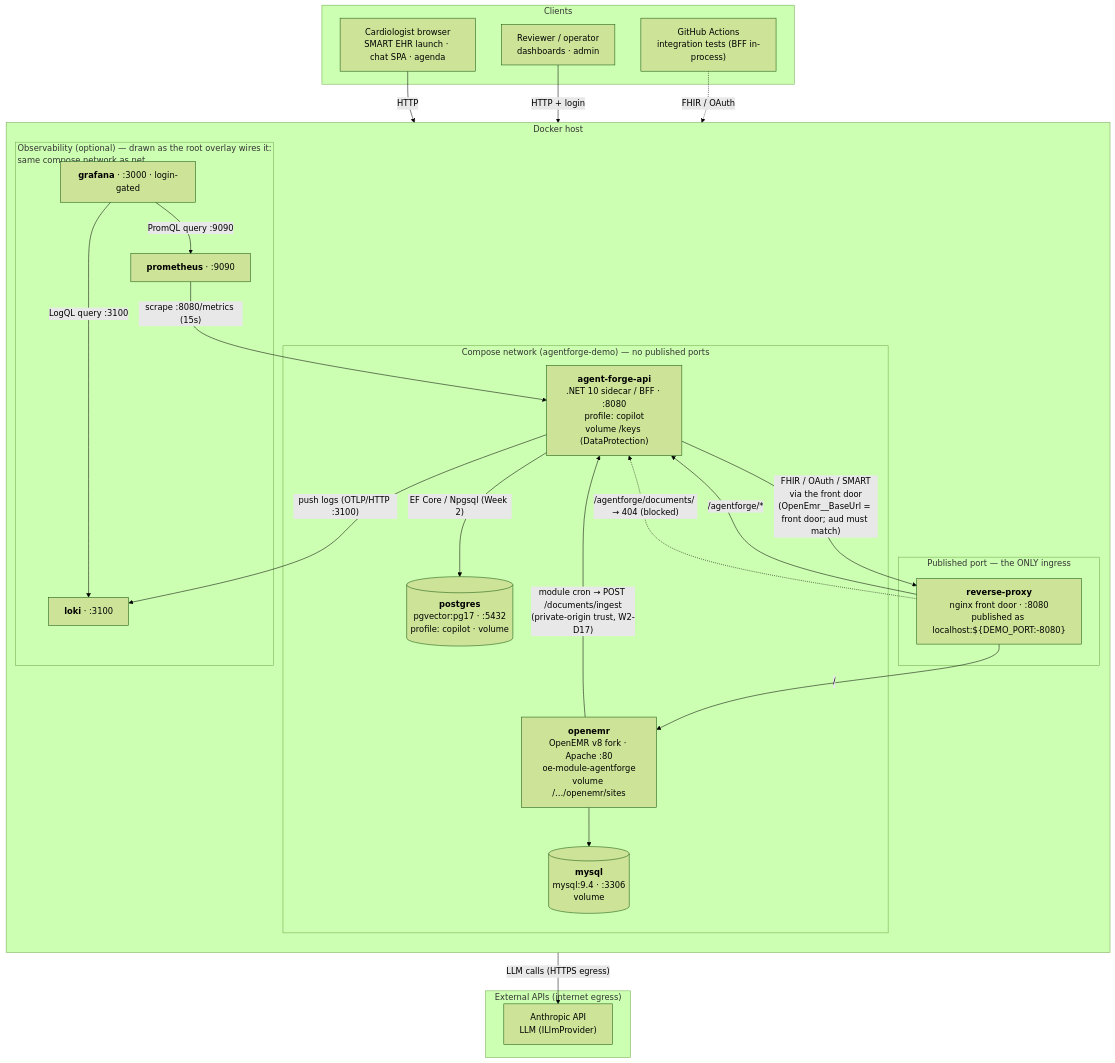
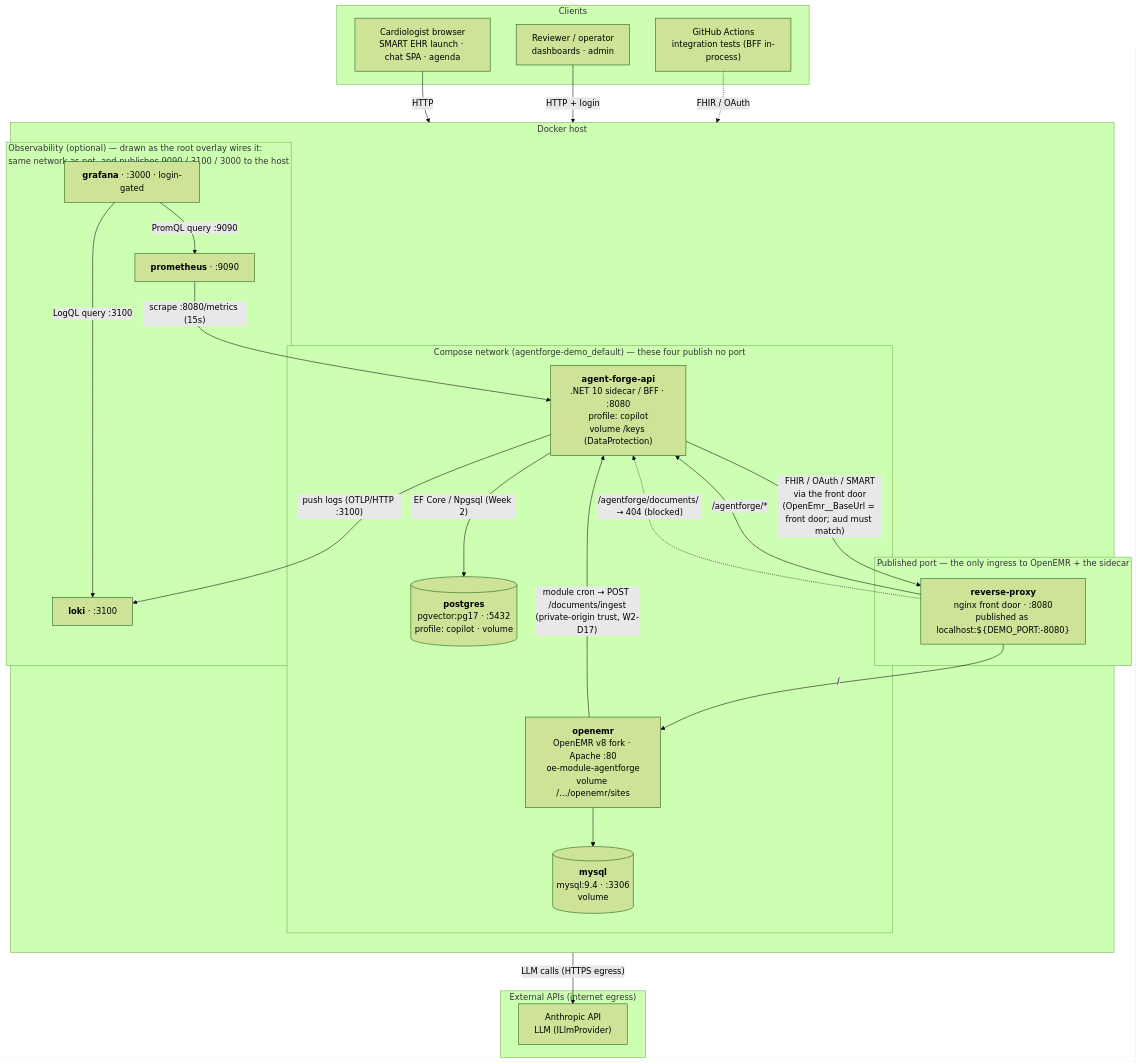
Before and after one commit to adammarquette/agent-forge-copilot: the diagram in documentation/DEPLOYMENT_TOPOLOGY.md, drawn with Mermaid (forest theme). The commit also changed other lines of this file and 4 other files, not shown here.

````diff
--- a/documentation/DEPLOYMENT_TOPOLOGY.md
+++ b/documentation/DEPLOYMENT_TOPOLOGY.md
@@ -23,58 +23,58 @@
 ```mermaid
 flowchart TB
     subgraph users["Clients"]
         clin["Cardiologist browser<br/>SMART EHR launch · chat SPA · agenda"]
         ops["Reviewer / operator<br/>dashboards · admin"]
         ci["GitHub Actions<br/>integration tests (BFF in-process)"]
     end
 
     subgraph host["Docker host"]
         direction TB
 
-        subgraph pub["Published port — the ONLY ingress"]
+        subgraph pub["Published port — the only ingress to OpenEMR + the sidecar"]
             proxy["<b>reverse-proxy</b><br/>nginx front door · :8080<br/>published as localhost:${DEMO_PORT:-8080}"]
         end
 
-        subgraph net["Compose network (agentforge-demo) — no published ports"]
+        subgraph net["Compose network (agentforge-demo_default) — these four publish no port"]
             sidecar["<b>agent-forge-api</b><br/>.NET 10 sidecar / BFF · :8080<br/>profile: copilot<br/>volume /keys (DataProtection)"]
             oemr["<b>openemr</b><br/>OpenEMR v8 fork · Apache :80<br/>oe-module-agentforge<br/>volume /…/openemr/sites"]
             pg[("<b>postgres</b><br/>pgvector:pg17 · :5432<br/>profile: copilot · volume")]
             mysql[("<b>mysql</b><br/>mysql:9.4 · :3306<br/>volume")]
         end
 
-        subgraph obs["Observability (optional) — drawn as the root overlay wires it:<br/>same compose network as net"]
+        subgraph obs["Observability (optional) — drawn as the root overlay wires it:<br/>same network as net, and publishes 9090 / 3100 / 3000 to the host"]
             prom["<b>prometheus</b> · :9090"]
             loki["<b>loki</b> · :3100"]
             grafana["<b>grafana</b> · :3000 · login-gated"]
         end
     end
 
     subgraph ext["External APIs (internet egress)"]
         anthropic["Anthropic API<br/>LLM (ILlmProvider)"]
     end
 
     %% ingress
     clin -->|HTTP| proxy
     ops -->|HTTP + login| grafana
     ci -.->|FHIR / OAuth| proxy
 
     %% proxy routing
     proxy -->|"/"| oemr
     proxy -->|"/agentforge/*"| sidecar
     proxy -. "/agentforge/documents/ → 404 (blocked)" .-> sidecar
 
     %% sidecar dependencies
     sidecar -->|"FHIR / OAuth / SMART<br/>via the front door<br/>(OpenEmr__BaseUrl = front door; aud must match)"| proxy
     sidecar -->|"EF Core / Npgsql (Week 2)"| pg
     sidecar -->|"LLM calls (HTTPS egress)"| anthropic
 
     %% openemr dependencies + ingestion
     oemr --> mysql
     oemr -->|"module cron → POST /documents/ingest<br/>(private-origin trust, W2-D17)"| sidecar
 
     %% observability
     prom -->|"scrape :8080/metrics (15s)"| sidecar
     sidecar -->|"push logs (OTLP/HTTP :3100)"| loki
     grafana -->|"PromQL query :9090"| prom
     grafana -->|"LogQL query :3100"| loki
 ```
````
